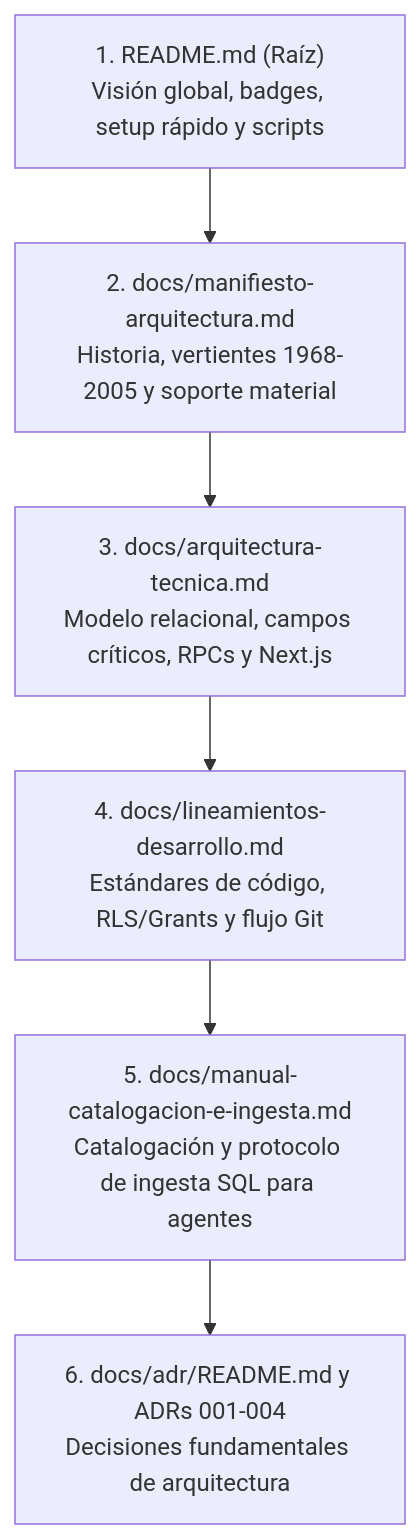
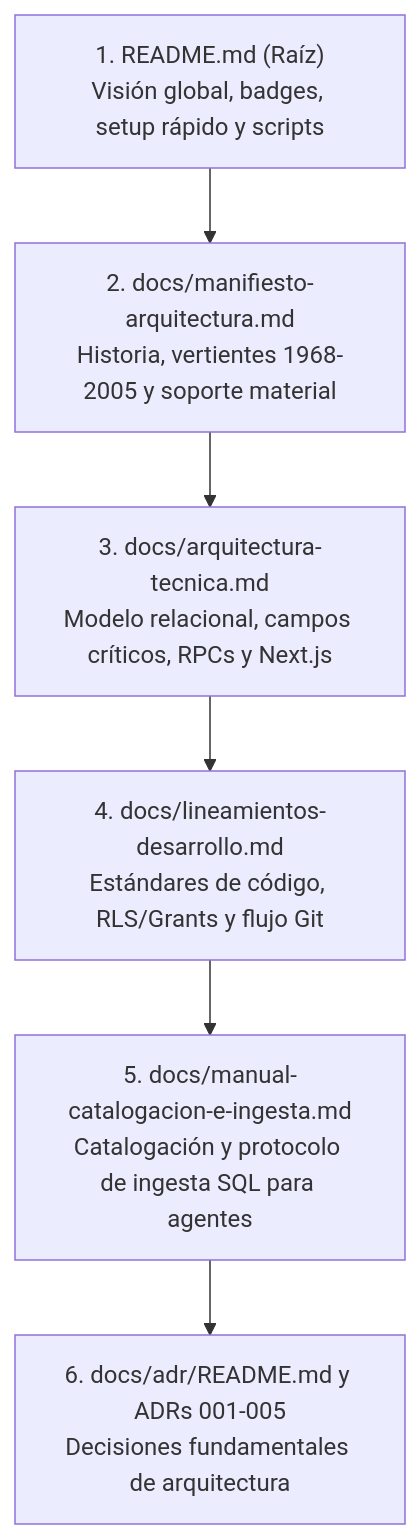
Before and after one commit to JorgeJordyJaimes/cumbia-peruana: the diagram in docs/manual-proyecto.md, drawn with Mermaid. The commit also changed other lines of this file and 4 other files, not shown here.

````diff
--- a/docs/manual-proyecto.md
+++ b/docs/manual-proyecto.md
@@ -41,8 +43,8 @@
 ```mermaid
 flowchart TD
     Doc1["1. README.md (Raíz)\nVisión global, badges, setup rápido y scripts"] --> Doc2["2. docs/manifiesto-arquitectura.md\nHistoria, vertientes 1968-2005 y soporte material"]
     Doc2 --> Doc3["3. docs/arquitectura-tecnica.md\nModelo relacional, campos críticos, RPCs y Next.js"]
     Doc3 --> Doc4["4. docs/lineamientos-desarrollo.md\nEstándares de código, RLS/Grants y flujo Git"]
     Doc4 --> Doc5["5. docs/manual-catalogacion-e-ingesta.md\nCatalogación y protocolo de ingesta SQL para agentes"]
-    Doc5 --> Doc6["6. docs/adr/README.md y ADRs 001-004\nDecisiones fundamentales de arquitectura"]
+    Doc5 --> Doc6["6. docs/adr/README.md y ADRs 001-005\nDecisiones fundamentales de arquitectura"]
 ```
````
